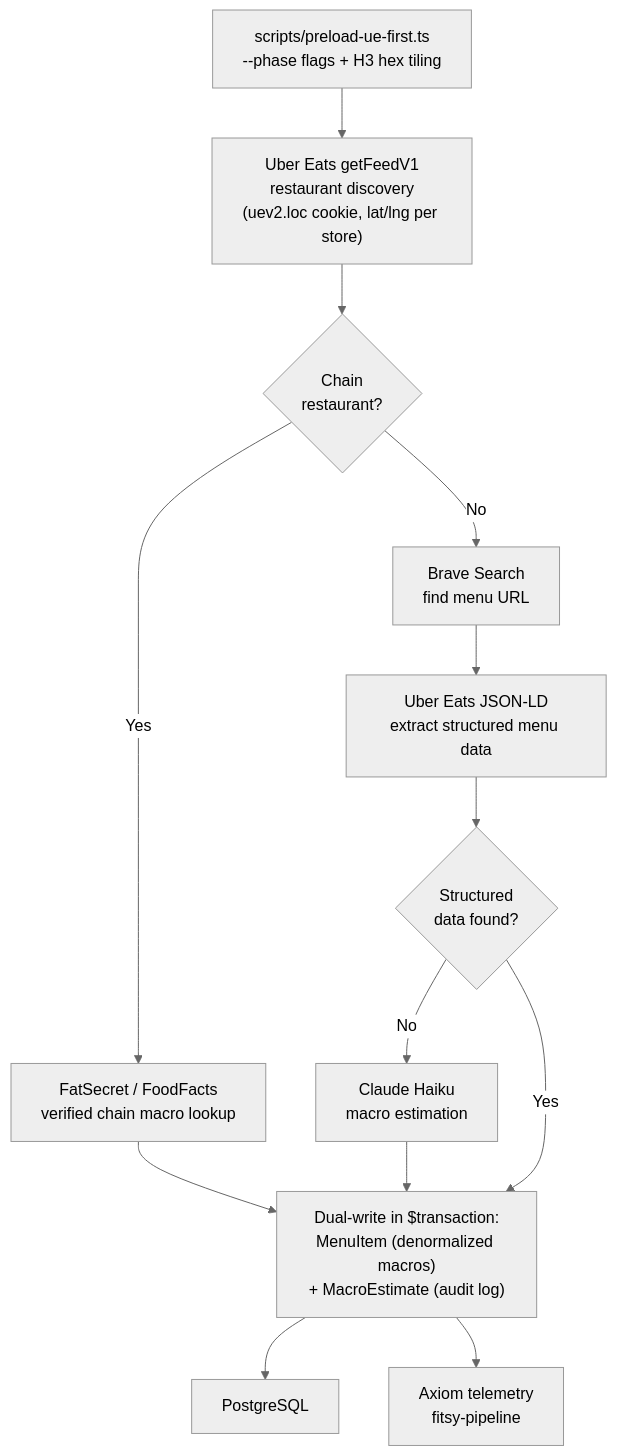
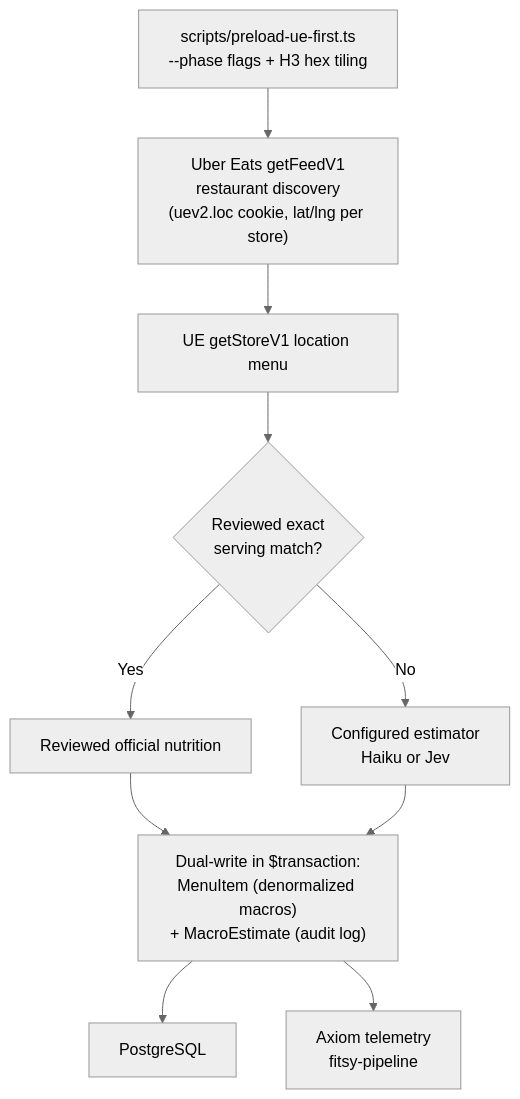
The second of 4 diagrams in docs/engineering/architecture/system-design.md (dgmolla/fitsy), drawn with Mermaid (neutral theme) before and after one commit. The commit also changed other lines of this file and 51 other files, not shown here.

Commit message:
Pipeline v2: docs cleanup and remove FatSecret from the pipeline (#598)

````diff
--- a/docs/engineering/architecture/system-design.md
+++ b/docs/engineering/architecture/system-design.md
@@ -130,23 +134,18 @@
 ```mermaid
 flowchart TD
     Start["scripts/preload-ue-first.ts\n--phase flags + H3 hex tiling"]
 
     Start --> UE["Uber Eats getFeedV1\nrestaurant discovery\n(uev2.loc cookie, lat/lng per store)"]
 
-    UE --> IsChain{"Chain\nrestaurant?"}
-
-    IsChain -- "Yes" --> FFN["FatSecret / FoodFacts\nverified chain macro lookup"]
-    IsChain -- "No" --> Brave["Brave Search\nfind menu URL"]
-
-    Brave --> UEJLD["Uber Eats JSON-LD\nextract structured menu data"]
-    UEJLD --> HasMenu{"Structured\ndata found?"}
-    HasMenu -- "No" --> Haiku["Claude Haiku\nmacro estimation"]
-    HasMenu -- "Yes" --> DualWrite
+    UE --> Menu["UE getStoreV1 location menu"]
+    Menu --> HasMenu{"Reviewed exact\nserving match?"}
+    HasMenu -- "No" --> Haiku["Configured estimator\nHaiku or Jev"]
+    HasMenu -- "Yes" --> FFN["Reviewed official nutrition"]
 
     FFN --> DualWrite
     Haiku --> DualWrite
 
     DualWrite["Dual-write in $transaction:\nMenuItem (denormalized macros)\n+ MacroEstimate (audit log)"]
     DualWrite --> PG["PostgreSQL"]
     DualWrite --> Axiom["Axiom telemetry\nfitsy-pipeline"]
 ```
````
